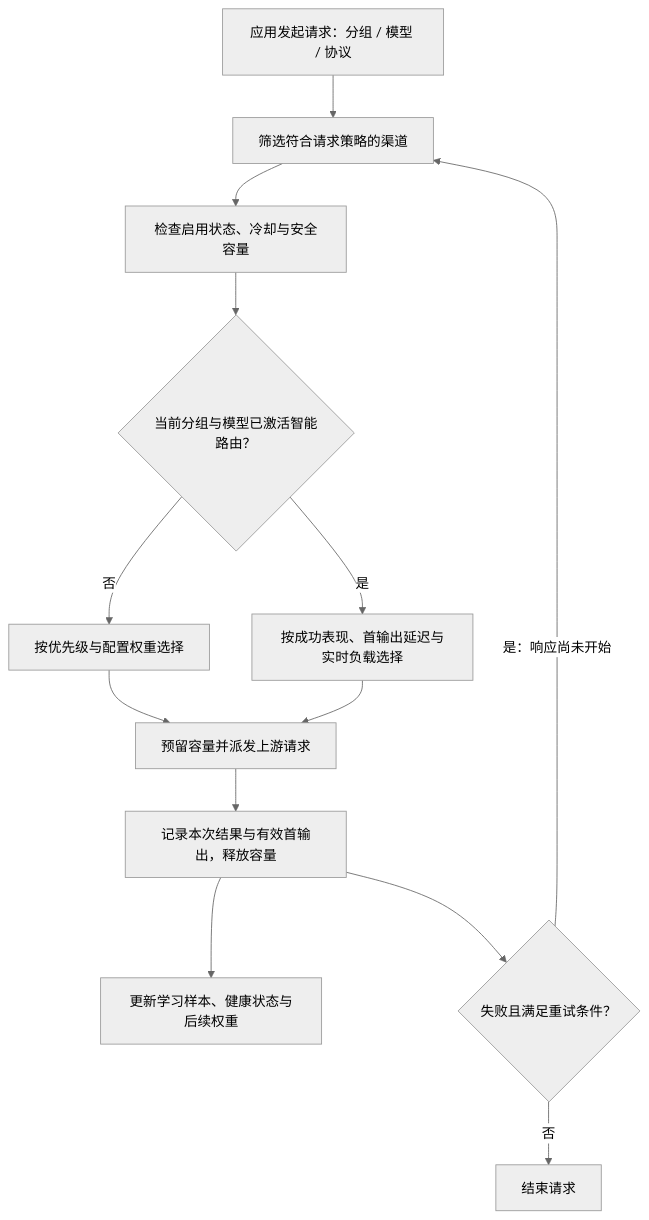
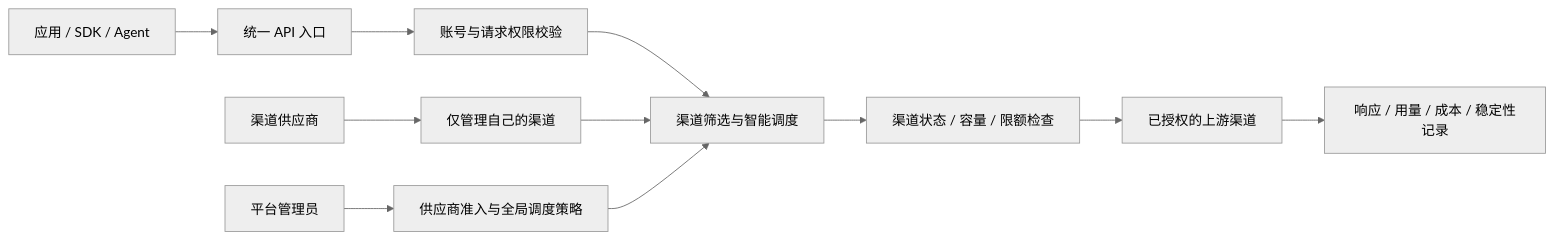
Before and after one commit to d100000/SmartRouter-v2: the diagram in README.md, drawn with Mermaid (neutral theme). The commit also changed other lines of this file and 10 other files, not shown here.

````diff
--- a/README.md
+++ b/README.md
@@ -38,15 +61,13 @@
 ```mermaid
-flowchart TD
-    A[应用发起请求：分组 / 模型 / 协议] --> B[筛选符合请求策略的渠道]
-    B --> C[检查启用状态、冷却与安全容量]
-    C --> D{当前分组与模型已激活智能路由？}
-    D -->|否| E[按优先级与配置权重选择]
-    D -->|是| F[按成功表现、首输出延迟与实时负载选择]
-    E --> G[预留容量并派发上游请求]
-    F --> G
-    G --> H[记录本次结果与有效首输出，释放容量]
-    H --> I[更新学习样本、健康状态与后续权重]
-    H --> J{失败且满足重试条件？}
-    J -->|是：响应尚未开始| B
-    J -->|否| K[结束请求]
+flowchart LR
+    Client[应用 / SDK / Agent] --> Gateway[统一 API 入口]
+    Gateway --> Auth[账号与请求权限校验]
+    Auth --> Routing[渠道筛选与智能调度]
+    Routing --> Admission[渠道状态 / 容量 / 限额检查]
+    Admission --> Upstream[已授权的上游渠道]
+    Upstream --> Usage[响应 / 用量 / 成本 / 稳定性记录]
+    Supplier[渠道供应商] --> OwnChannels[仅管理自己的渠道]
+    OwnChannels --> Routing
+    Admin[平台管理员] --> Policy[供应商准入与全局调度策略]
+    Policy --> Routing
 ```
````
